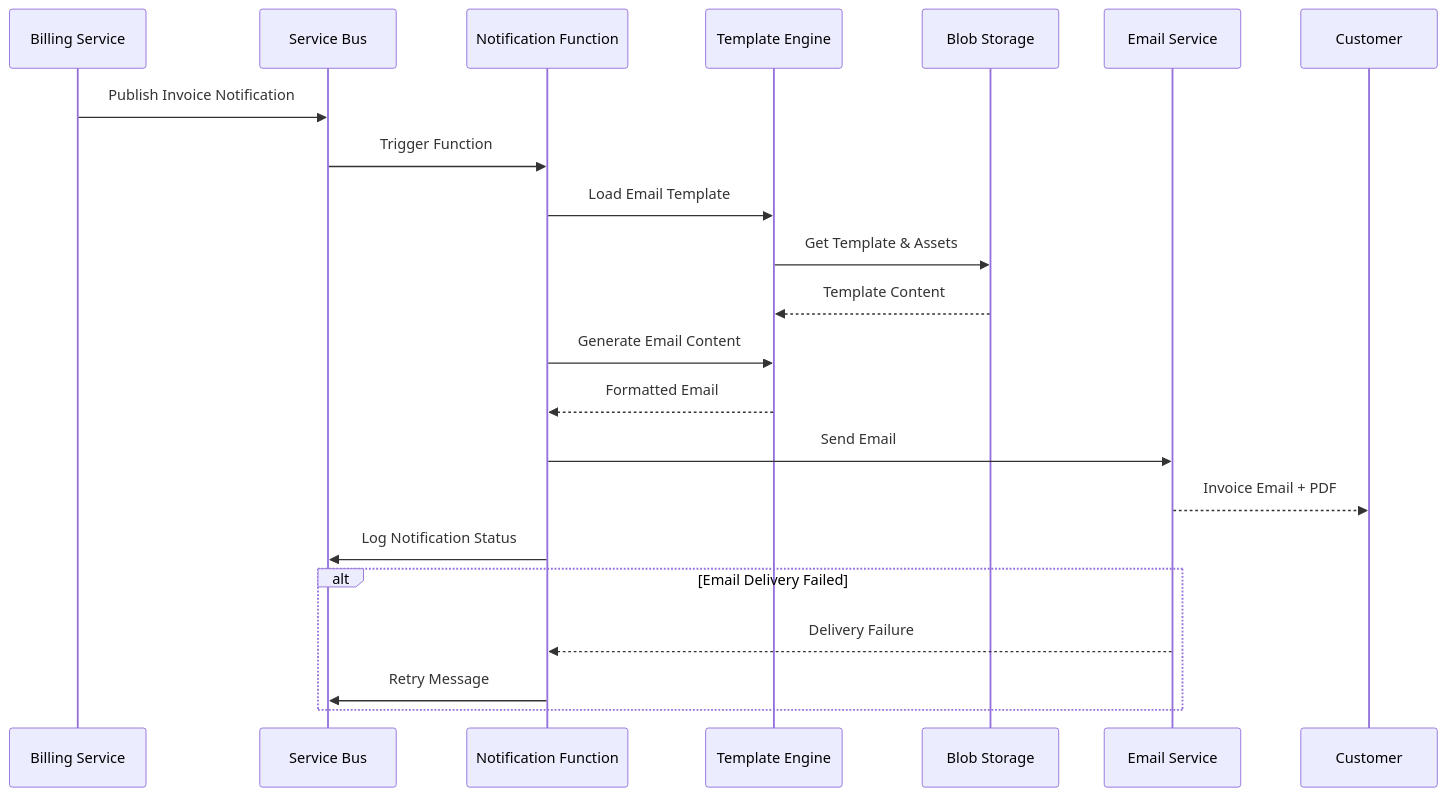
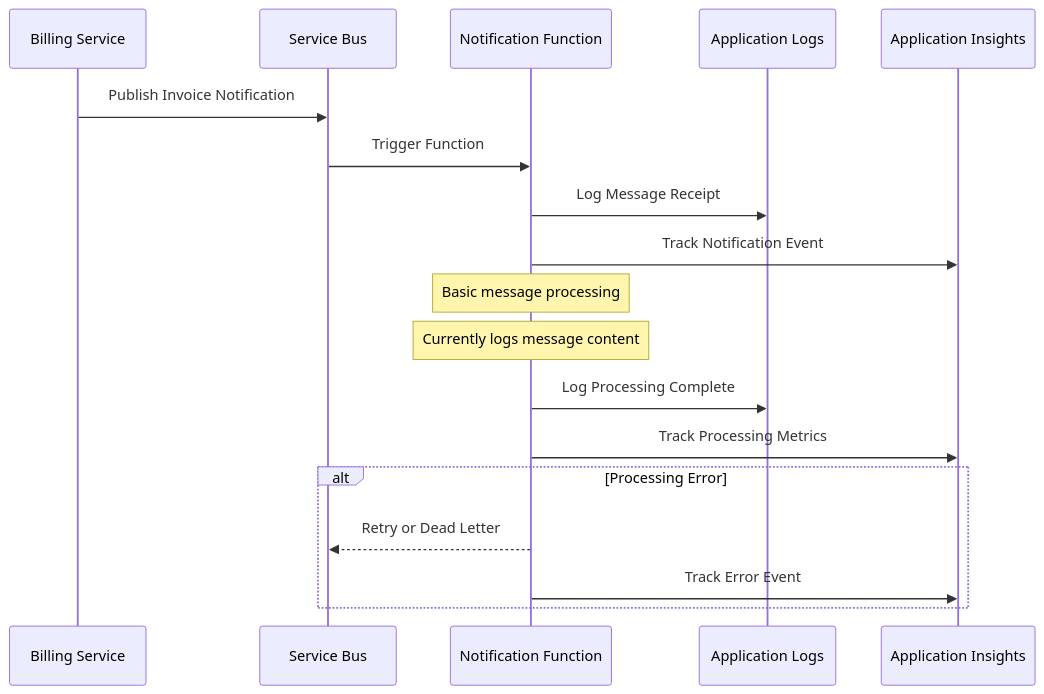
The second of 2 diagrams in functions/notification-service/README.md (eramax/if-insurance), drawn with Mermaid before and after one commit. The commit also changed other lines of this file and 8 other files, not shown here.

````diff
--- a/functions/notification-service/README.md
+++ b/functions/notification-service/README.md
@@ -61,30 +46,25 @@
 ```mermaid
 sequenceDiagram
     participant BILLING as Billing Service
     participant SB as Service Bus
     participant NOTIFY as Notification Function
-    participant TEMPLATE as Template Engine
-    participant STORAGE as Blob Storage
-    participant EMAIL as Email Service
-    participant CUSTOMER as Customer
+    participant LOGS as Application Logs
+    participant AI as Application Insights
 
     BILLING->>SB: Publish Invoice Notification
     SB->>NOTIFY: Trigger Function
 
-    NOTIFY->>TEMPLATE: Load Email Template
-    TEMPLATE->>STORAGE: Get Template & Assets
-    STORAGE-->>TEMPLATE: Template Content
+    NOTIFY->>LOGS: Log Message Receipt
+    NOTIFY->>AI: Track Notification Event
 
-    NOTIFY->>TEMPLATE: Generate Email Content
-    TEMPLATE-->>NOTIFY: Formatted Email
+    Note over NOTIFY: Basic message processing
+    Note over NOTIFY: Currently logs message content
 
-    NOTIFY->>EMAIL: Send Email
-    EMAIL-->>CUSTOMER: Invoice Email + PDF
+    NOTIFY->>LOGS: Log Processing Complete
+    NOTIFY->>AI: Track Processing Metrics
 
-    NOTIFY->>SB: Log Notification Status
-
-    alt Email Delivery Failed
-        EMAIL-->>NOTIFY: Delivery Failure
-        NOTIFY->>SB: Retry Message
+    alt Processing Error
+        NOTIFY-->>SB: Retry or Dead Letter
+        NOTIFY->>AI: Track Error Event
     end
 ```
````
